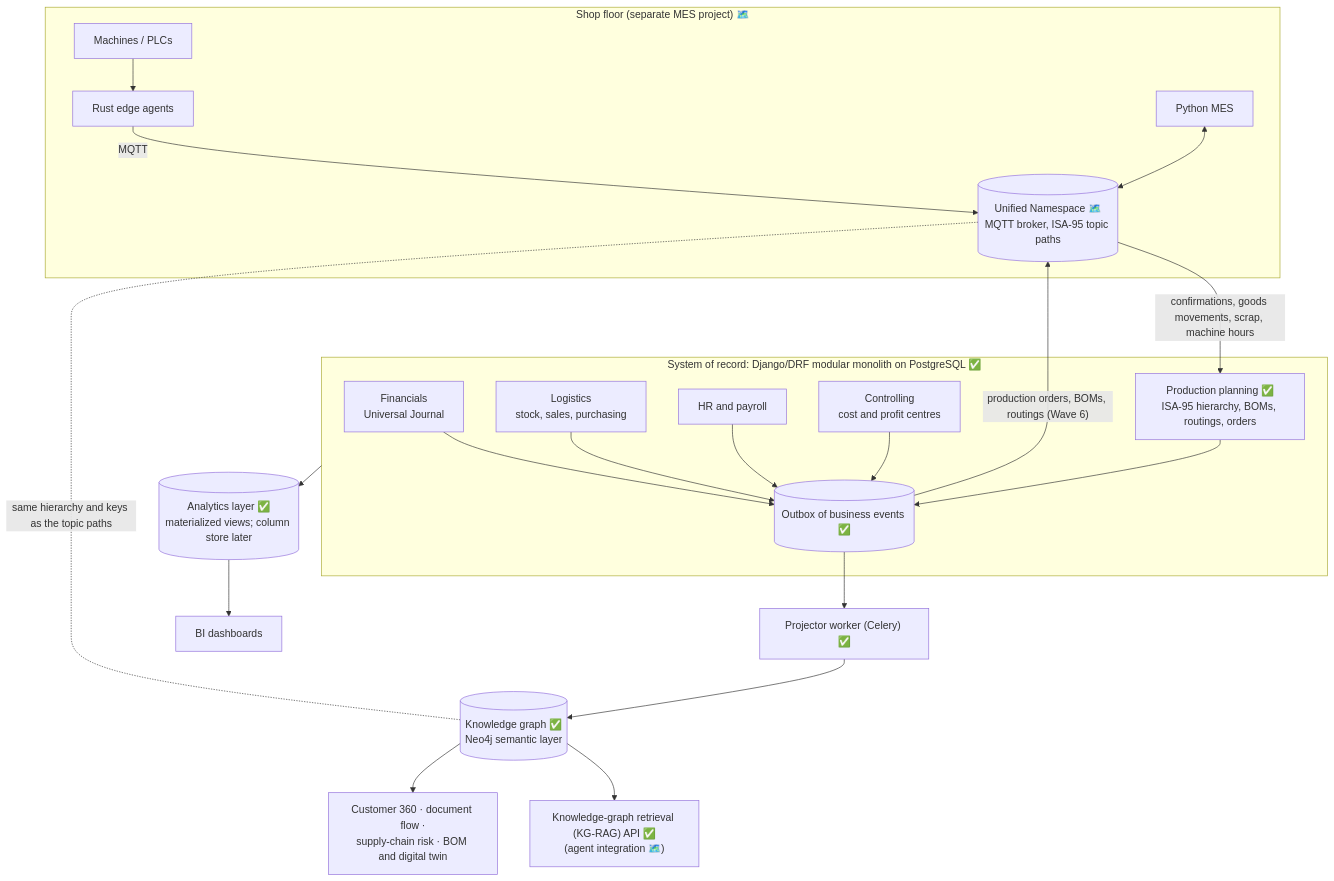
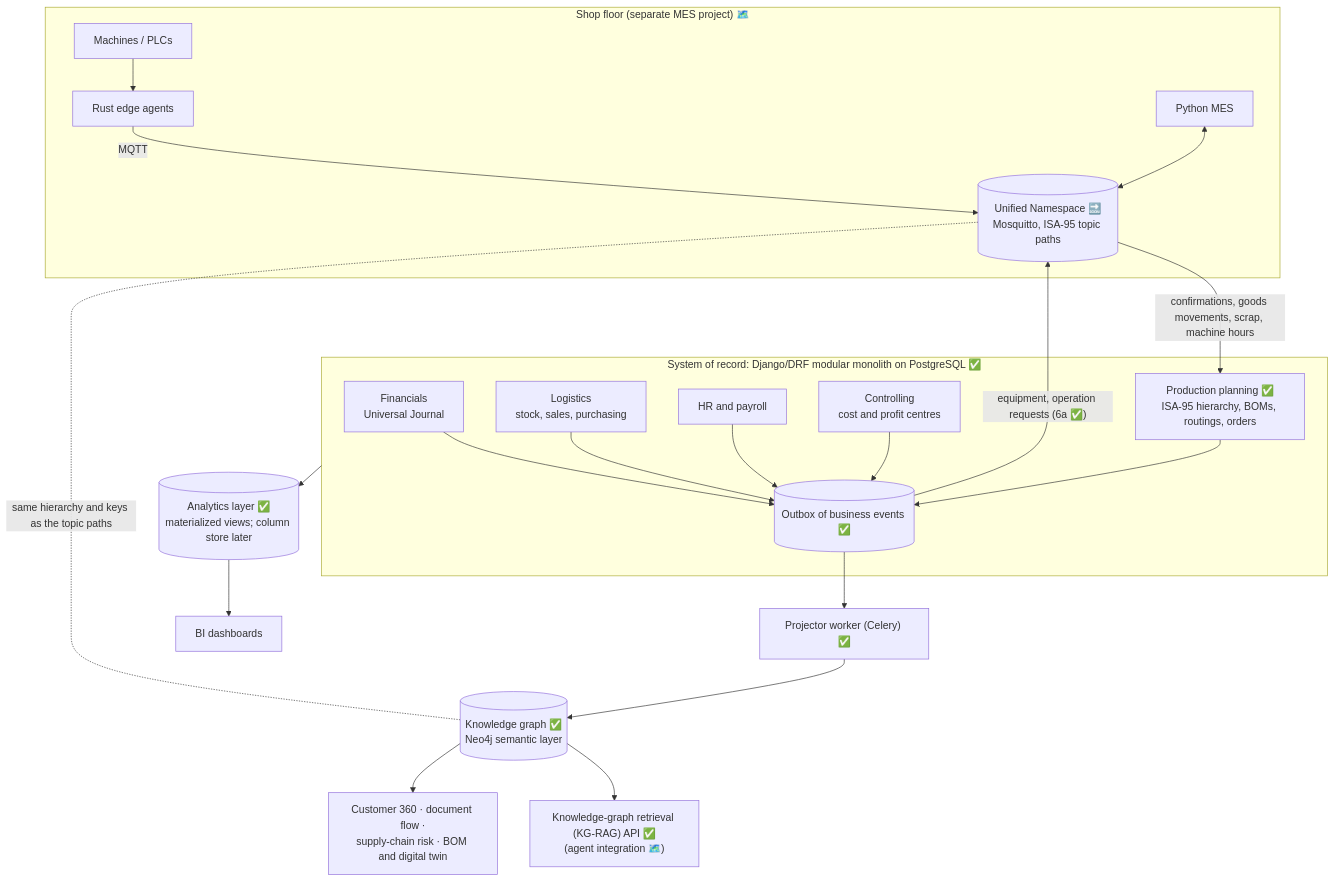
One commit to mokwenaanthony-dev/ERP-Intelligence changed the diagram in docs/ARCHITECTURE.md. Above: the diagram before and after it, drawn with Mermaid. The commit also changed other lines of this file and 23 other files, not shown here.

Commit message:
Wave 6a: Unified Namespace bridge (outbox publisher, operation-performance listener, contract v1)

````diff
--- a/docs/ARCHITECTURE.md
+++ b/docs/ARCHITECTURE.md
@@ -13,30 +13,30 @@
 ```mermaid
 flowchart TB
     subgraph Floor["Shop floor (separate MES project) 🗺️"]
         PLC["Machines / PLCs"] --> EDGE["Rust edge agents"]
-        EDGE -- "MQTT" --> UNS[("Unified Namespace 🗺️<br/>MQTT broker, ISA-95 topic paths")]
+        EDGE -- "MQTT" --> UNS[("Unified Namespace 🔜<br/>Mosquitto, ISA-95 topic paths")]
         MES["Python MES"] <--> UNS
     end
 
     subgraph Core["System of record: Django/DRF modular monolith on PostgreSQL ✅"]
         FI["Financials<br/>Universal Journal"]
         LO["Logistics<br/>stock, sales, purchasing"]
         HR["HR and payroll"]
         CO["Controlling<br/>cost and profit centres"]
         PP["Production planning ✅<br/>ISA-95 hierarchy, BOMs, routings, orders"]
         OUT[("Outbox of business events ✅")]
         FI & LO & HR & CO & PP --> OUT
     end
 
     UNS -- "confirmations, goods movements, scrap, machine hours" --> PP
-    OUT -- "production orders, BOMs, routings (Wave 6)" --> UNS
+    OUT -- "equipment, operation requests (6a ✅)" --> UNS
     KG -. "same hierarchy and keys as the topic paths" .- UNS
 
     OUT --> PROJ["Projector worker (Celery) ✅"]
     PROJ --> KG[("Knowledge graph ✅<br/>Neo4j semantic layer")]
     Core --> AN[("Analytics layer ✅<br/>materialized views; column store later")]
 
     KG --> RAG["Knowledge-graph retrieval (KG-RAG) API ✅<br/>(agent integration 🗺️)"]
     KG --> APPS["Customer 360 · document flow ·<br/>supply-chain risk · BOM and digital twin"]
     AN --> BI["BI dashboards"]
 ```
````
